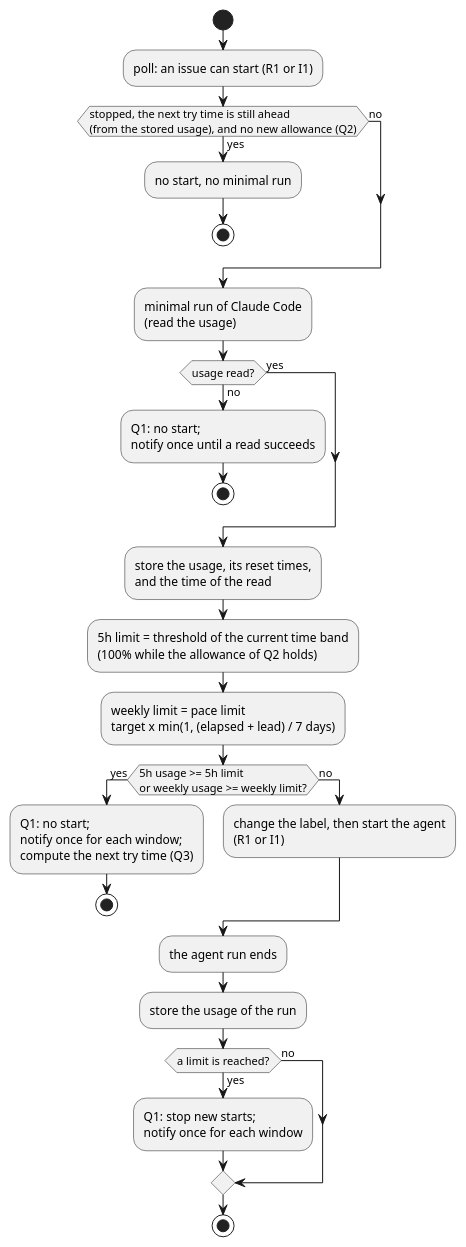
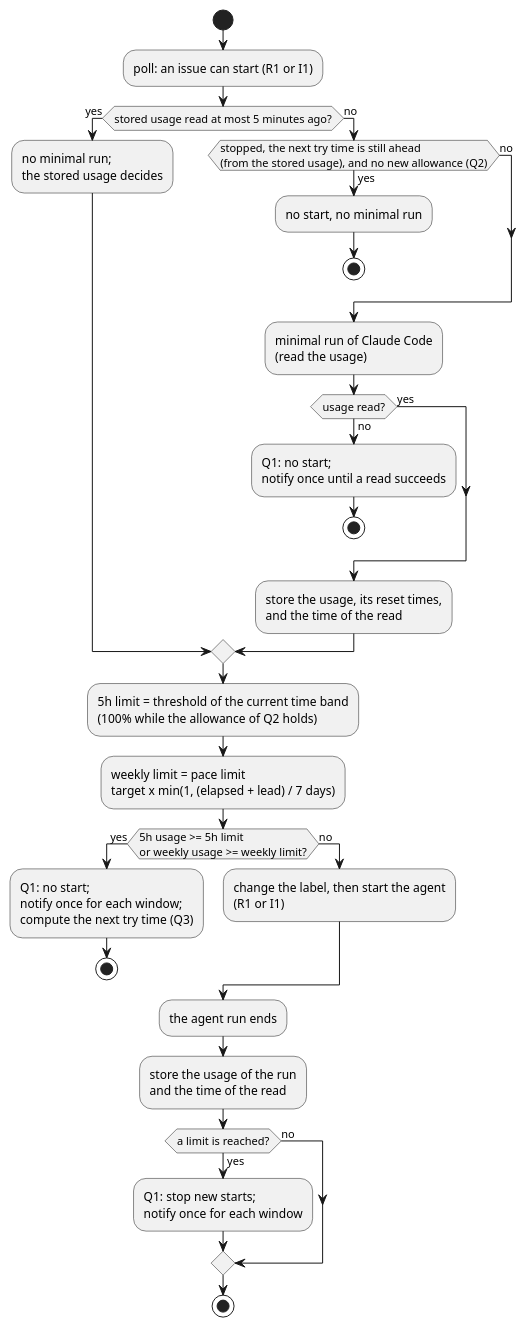
The diagram in docs/ja/designs/quota-start.puml (cloveclovedev/cumin-works), drawn with PlantUML before and after one commit. The commit also changed 10 other files, not shown here.

First line of the commit message:
feat(quota): use a stored usage that is new enough without a minimal run (#569)

```diff
--- a/docs/ja/designs/quota-start.puml
+++ b/docs/ja/designs/quota-start.puml
@@ -1,37 +1,41 @@
 @startuml quota-start
 ' cumin works - the quota check before a new start (R1, I1) and after a run.
 ' Document: quota.md, section on the check before a start.
 ' Render: run scripts/render-diagrams.sh at the root of the repository.
 skinparam shadowing false
 skinparam defaultFontName sans-serif
 
 start
 :poll: an issue can start (R1 or I1);
+if (stored usage read at most 5 minutes ago?) then (yes)
+  :no minimal run;\nthe stored usage decides;
+else (no)
 if (stopped, the next try time is still ahead\n(from the stored usage), and no new allowance (Q2)) then (yes)
   :no start, no minimal run;
   stop
 else (no)
 endif
 :minimal run of Claude Code\n(read the usage);
 if (usage read?) then (no)
   :Q1: no start;\nnotify once until a read succeeds;
   stop
 else (yes)
 endif
 :store the usage, its reset times,\nand the time of the read;
+endif
 :5h limit = threshold of the current time band\n(100% while the allowance of Q2 holds);
 :weekly limit = pace limit\ntarget x min(1, (elapsed + lead) / 7 days);
 if (5h usage >= 5h limit\nor weekly usage >= weekly limit?) then (yes)
   :Q1: no start;\nnotify once for each window;\ncompute the next try time (Q3);
   stop
 else (no)
   :change the label, then start the agent\n(R1 or I1);
 endif
 :the agent run ends;
-:store the usage of the run;
+:store the usage of the run\nand the time of the read;
 if (a limit is reached?) then (yes)
   :Q1: stop new starts;\nnotify once for each window;
 else (no)
 endif
 stop
 @enduml
```
